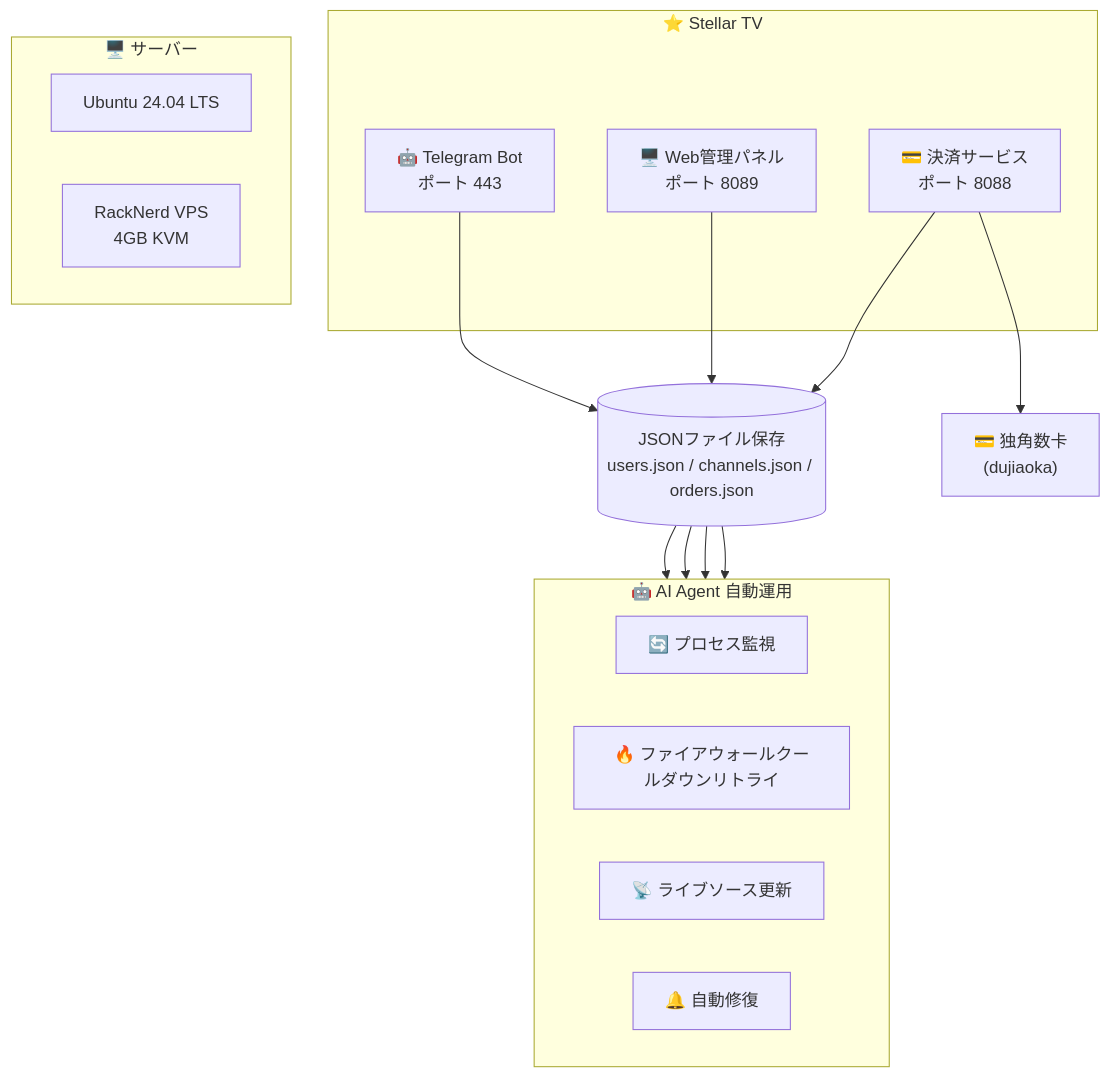
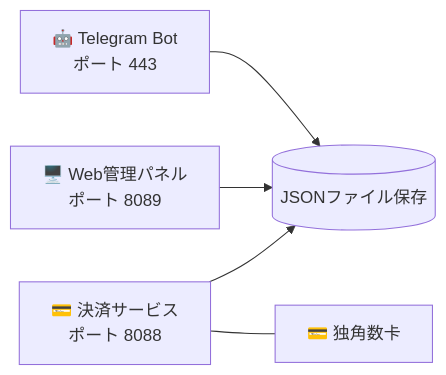
One commit to xkmuzili/starchen-iptv changed the diagram in README_JA.md. Above: the diagram before and after it, drawn with Mermaid. The commit also changed other lines of this file and 4 other files, not shown here.

Commit message:
🎨 精简README排版：简化架构图、移除前台面板引用、精简项目数据

````diff
--- a/README_JA.md
+++ b/README_JA.md
@@ -130,33 +130,12 @@
 ```mermaid
-graph TB
-    subgraph StellarTV["⭐ Stellar TV"]
-        Bot["🤖 Telegram Bot<br/>ポート 443"]
-        Web["🖥️ Web管理パネル<br/>ポート 8089"]
-        Pay["💳 決済サービス<br/>ポート 8088"]
-    end
+graph LR
+    Bot["🤖 Telegram Bot<br/>ポート 443"]
+    Web["🖥️ Web管理パネル<br/>ポート 8089"]
+    Pay["💳 決済サービス<br/>ポート 8088"]
+    DB[("JSONファイル保存")]
+    Pay --- PG["💳 独角数卡"]
 
-    Bot --> DB[("JSONファイル保存<br/>users.json / channels.json / orders.json")]
+    Bot --> DB
     Web --> DB
     Pay --> DB
-
-    Pay --> PG["💳 独角数卡<br/>(dujiaoka)"]
-
-    subgraph Server["🖥️ サーバー"]
-        direction LR
-        OS["Ubuntu 24.04 LTS"]
-        VPS["RackNerd VPS<br/>4GB KVM"]
-    end
-
-    subgraph AIAgent["🤖 AI Agent 自動運用"]
-        direction LR
-        E["🔄 プロセス監視"]
-        F["🔥 ファイアウォールクールダウンリトライ"]
-        G["📡 ライブソース更新"]
-        H["🔔 自動修復"]
-    end
-
-    DB --> E
-    DB --> F
-    DB --> G
-    DB --> H
 ```
````
